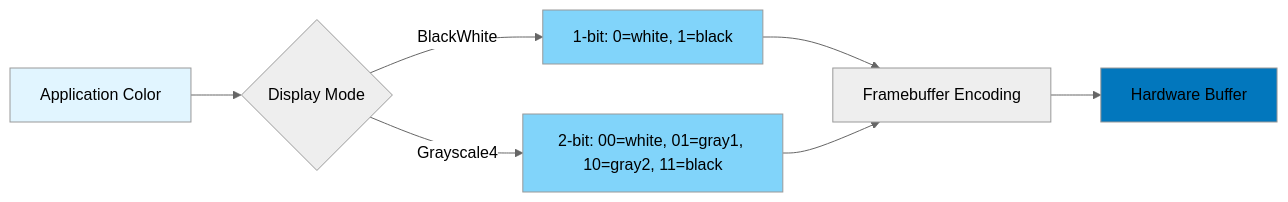
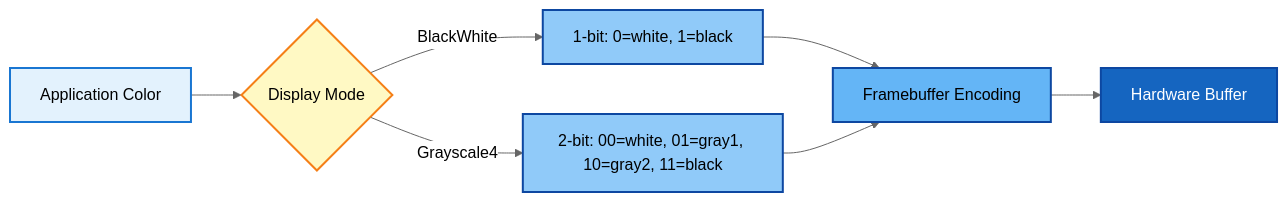
One commit to johanns/libepaper changed the sixth of 12 diagrams in docs/ARCHITECTURE.md. Above: the diagram before and after it, drawn with Mermaid (neutral theme). The commit also changed other lines of this file and 3 other files, not shown here.

````diff
--- a/docs/ARCHITECTURE.md
+++ b/docs/ARCHITECTURE.md
@@ -293,15 +293,17 @@
 ```mermaid
 graph LR
     A[Application Color] --> B{Display Mode}
     B -->|BlackWhite| C[1-bit: 0=white, 1=black]
     B -->|Grayscale4| D[2-bit: 00=white, 01=gray1, 10=gray2, 11=black]
 
     C --> E[Framebuffer Encoding]
     D --> E
     E --> F[Hardware Buffer]
 
-    style A fill:#e1f5ff
-    style C fill:#81d4fa
-    style D fill:#81d4fa
-    style F fill:#0277bd
+    style A fill:#e3f2fd,stroke:#1976d2,stroke-width:2px,color:#000
+    style B fill:#fff9c4,stroke:#f57f17,stroke-width:2px,color:#000
+    style C fill:#90caf9,stroke:#0d47a1,stroke-width:2px,color:#000
+    style D fill:#90caf9,stroke:#0d47a1,stroke-width:2px,color:#000
+    style E fill:#64b5f6,stroke:#0d47a1,stroke-width:2px,color:#000
+    style F fill:#1565c0,stroke:#0d47a1,stroke-width:2px,color:#fff
 ```
````
